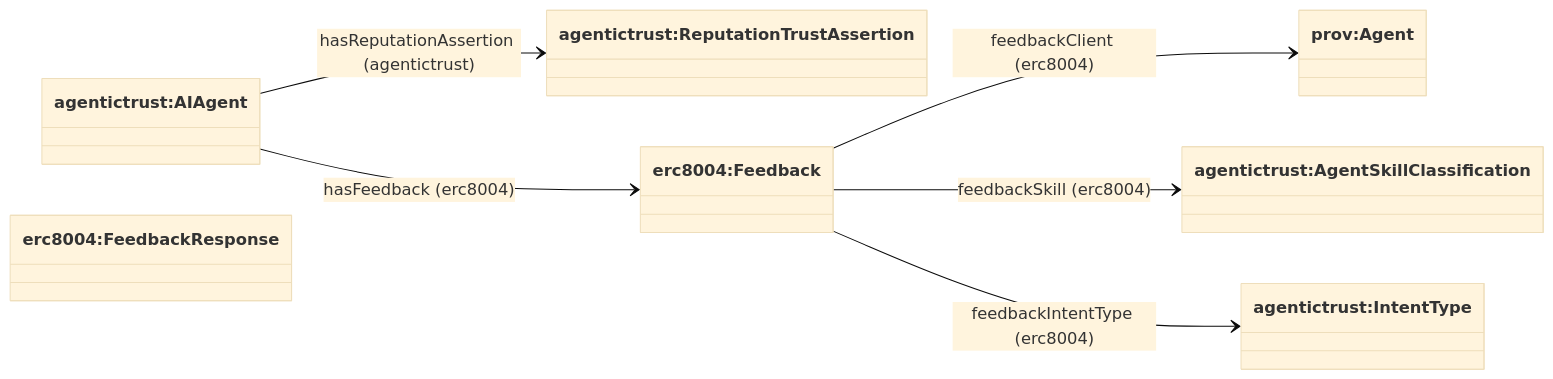
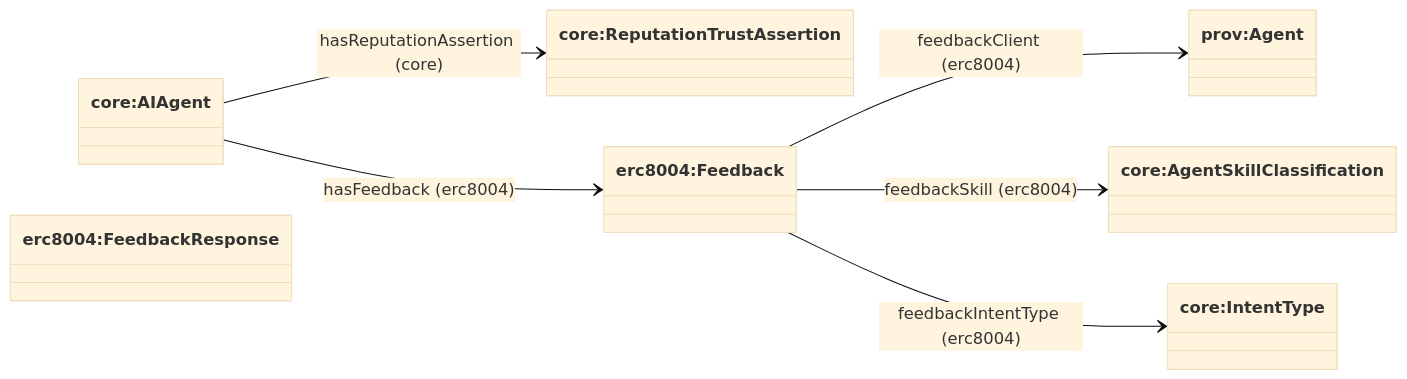
One commit to Agentic-Trust-Layer/agent-explorer changed the second of 2 diagrams in docs/ontology/reputationassertion.md. Above: the diagram before and after it, drawn with Mermaid (base theme). The commit also changed other lines of this file and 49 other files, not shown here.

````diff
--- a/docs/ontology/reputationassertion.md
+++ b/docs/ontology/reputationassertion.md
@@ -32,19 +32,19 @@
 ```mermaid
 classDiagram
 direction LR
 
-class AIAgent["agentictrust:AIAgent"]
-class ReputationAssertion["agentictrust:ReputationTrustAssertion"]
+class AIAgent["core:AIAgent"]
+class ReputationAssertion["core:ReputationTrustAssertion"]
 class Feedback["erc8004:Feedback"]
 class FeedbackResponse["erc8004:FeedbackResponse"]
 class provAgent["prov:Agent"]
-class Skill["agentictrust:AgentSkillClassification"]
-class IntentType["agentictrust:IntentType"]
+class Skill["core:AgentSkillClassification"]
+class IntentType["core:IntentType"]
 
-AIAgent --> ReputationAssertion : hasReputationAssertion (agentictrust)
+AIAgent --> ReputationAssertion : hasReputationAssertion (core)
 AIAgent --> Feedback : hasFeedback (erc8004)
 
 Feedback --> provAgent : feedbackClient (erc8004)
 Feedback --> Skill : feedbackSkill (erc8004)
 Feedback --> IntentType : feedbackIntentType (erc8004)
 ```
````
